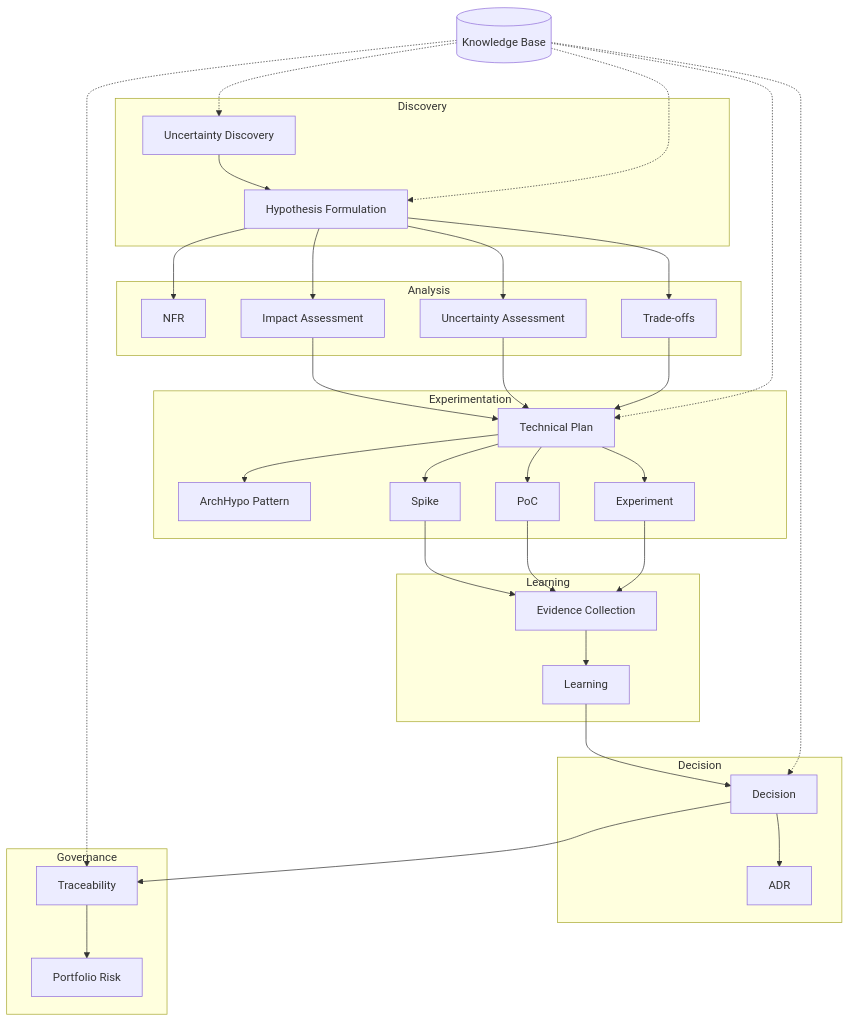
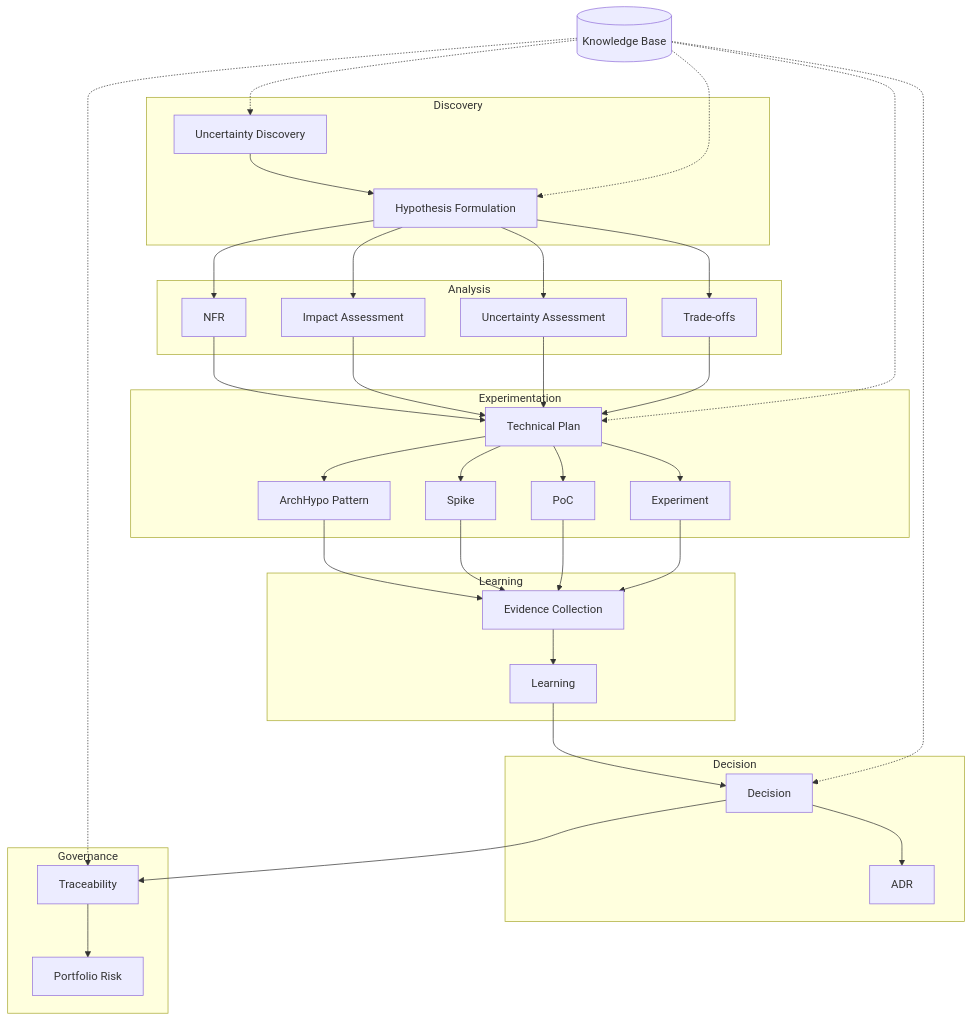
The first of 2 diagrams in CRAU.md (jonathancs-tester/ArchHypoTrelloExperiment), drawn with Mermaid before and after one commit.

Commit message:
Add new mappings in CRAU.md

````diff
--- a/CRAU.md
+++ b/CRAU.md
@@ -26,76 +26,78 @@
 ```mermaid
 flowchart TB
 
 subgraph Discovery["Discovery"]
     U[Uncertainty Discovery]
     H[Hypothesis Formulation]
 end
 
 subgraph Analysis["Analysis"]
     NFR[NFR ]
     IA[Impact Assessment ]
     UA[Uncertainty Assessment ]
     TA[Trade-offs]
 end
 
 subgraph Experimentation["Experimentation"]
     TP[Technical Plan]
     AP[ArchHypo Pattern]
     S[Spike]
     P[PoC]
     EX[Experiment]
 end
 
 subgraph Learning["Learning"]
     EC[Evidence Collection]
     LA[Learning]
 end
 
 subgraph Decision["Decision"]
     DA[Decision]
     ADR[ADR]
 end
 
 subgraph Governance["Governance"]
     TR[Traceability]
     PR[Portfolio Risk]
 end
 
 U --> H
 
 H --> NFR
 H --> IA
 H --> UA
 H --> TA
 
+NFR --> TP
 IA --> TP
 UA --> TP
 TA --> TP
 
 TP --> AP
 TP --> S
 TP --> P
 TP --> EX
 
+AP --> EC
 S --> EC
 P --> EC
 EX --> EC
 
 EC --> LA
 
 LA --> DA
 
 DA --> ADR
 DA --> TR
 
 TR --> PR
 
 %% Cross-cutting concern
 KB[(Knowledge Base)]
 
 KB -.-> U
 KB -.-> H
 KB -.-> TP
 KB -.-> DA
 KB -.-> TR
 ```
````
